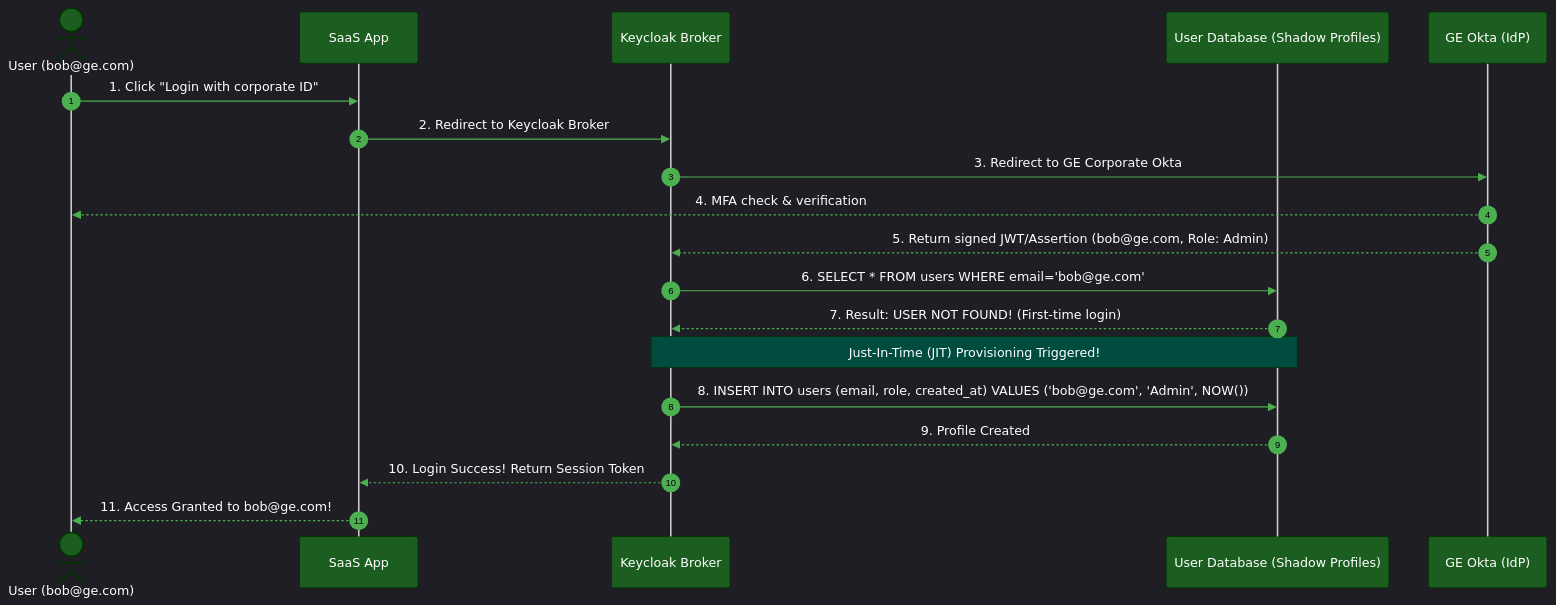
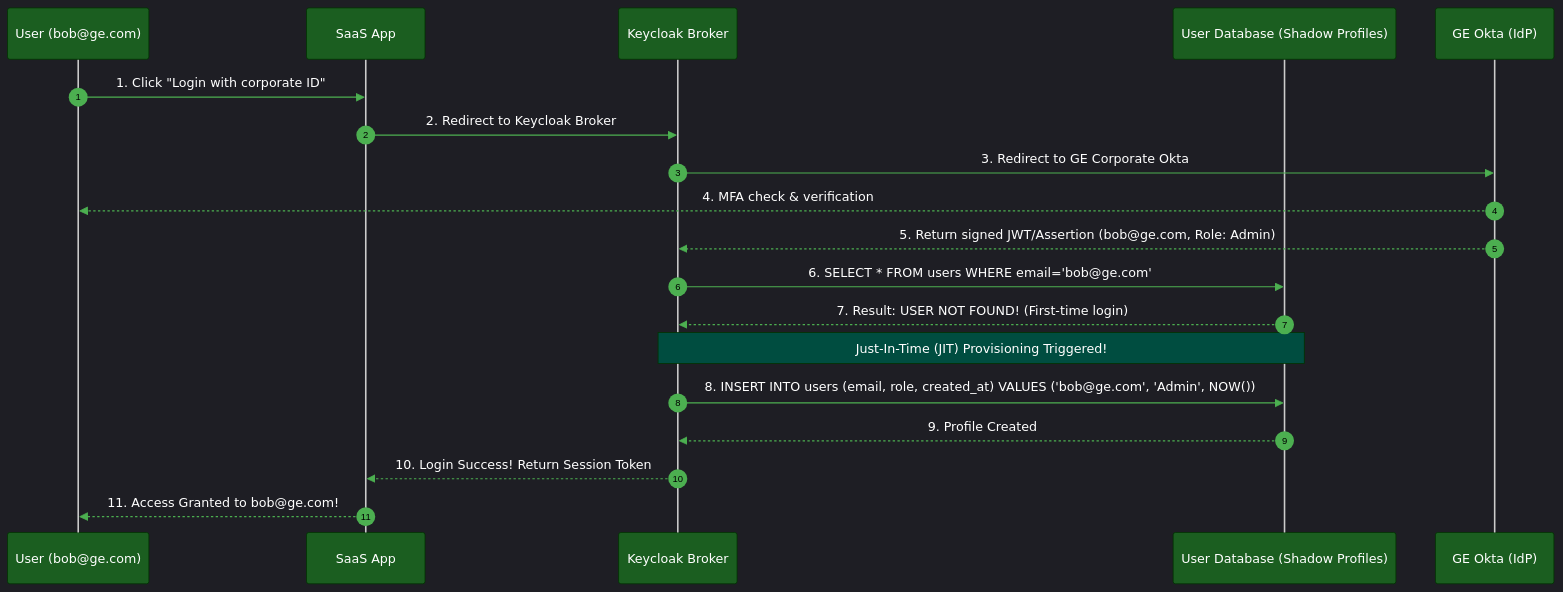
One commit to GuideStack/iblogger-feeds changed the second of 2 diagrams in feeds/security/auth-and-identity-patterns/08-user-federation-and-directories.md. Above: the diagram before and after it, drawn with Mermaid. The commit also changed 4 other files, not shown here.

Commit message:
style(visual): upgrade remaining sequence diagrams to participant boxes with contrast outlines

````diff
--- a/feeds/security/auth-and-identity-patterns/08-user-federation-and-directories.md
+++ b/feeds/security/auth-and-identity-patterns/08-user-federation-and-directories.md
@@ -92,29 +92,29 @@
 ```mermaid
 %%{init: {'theme': 'dark', 'themeVariables': {'actorBkg': '#1b5e20', 'actorBorder': '#003300', 'actorTextColor': '#ffffff', 'signalColor': '#4caf50', 'signalTextColor': '#ffffff', 'noteBkgColor': '#004d40', 'noteBorderColor': '#003300', 'noteTextColor': '#ffffff', 'activationBkgColor': '#2e7d32', 'activationBorderColor': '#003300', 'labelBoxBkgColor': '#003300', 'labelTextColor': '#ffffff', 'loopTextColor': '#ffffff',
     'background': '#1e1e1e'},
-  'themeCSS': 'svg { background-color: #1e1e1e !important; padding: 1rem !important; border-radius: 8px !important; } .edgeLabel rect { fill: #1e1e1e !important; } text, tspan, .messageText, .signalText, .edgeLabel, .edgeLabel span, .pointLabel, .axisLabel, .quadrantTitle, .quadrantLabel { fill: #ffffff !important; color: #ffffff !important; stroke: none !important; }'
+  'themeCSS': 'svg { background-color: #1e1e1e !important; padding: 1rem !important; border-radius: 8px !important; } .edgeLabel rect { fill: #1e1e1e !important; } text, tspan { fill: #ffffff !important; } .messageText, .messageText tspan, .signalText, .signalText tspan { fill: #ffffff !important; stroke: #1e1e1e !important; stroke-width: 3px !important; paint-order: stroke fill !important; stroke-linejoin: round !important; }'
 }}%%
 sequenceDiagram
     autonumber
-    actor U as User (bob@ge.com)
+    participant U as User (bob@ge.com)
     participant APP as SaaS App
     participant IAM as Keycloak Broker
     participant DB as User Database (Shadow Profiles)
     participant IDP as GE Okta (IdP)
 
     U->>APP: 1. Click "Login with corporate ID"
     APP->>IAM: 2. Redirect to Keycloak Broker
     IAM->>IDP: 3. Redirect to GE Corporate Okta
     IDP-->>U: 4. MFA check & verification
     IDP-->>IAM: 5. Return signed JWT/Assertion (bob@ge.com, Role: Admin)
     
     IAM->>DB: 6. SELECT * FROM users WHERE email='bob@ge.com'
     DB-->>IAM: 7. Result: USER NOT FOUND! (First-time login)
     
     Note over IAM,DB: Just-In-Time (JIT) Provisioning Triggered!
     IAM->>DB: 8. INSERT INTO users (email, role, created_at) VALUES ('bob@ge.com', 'Admin', NOW())
     DB-->>IAM: 9. Profile Created
     
     IAM-->>APP: 10. Login Success! Return Session Token
     APP-->>U: 11. Access Granted to bob@ge.com!
 ```
````
